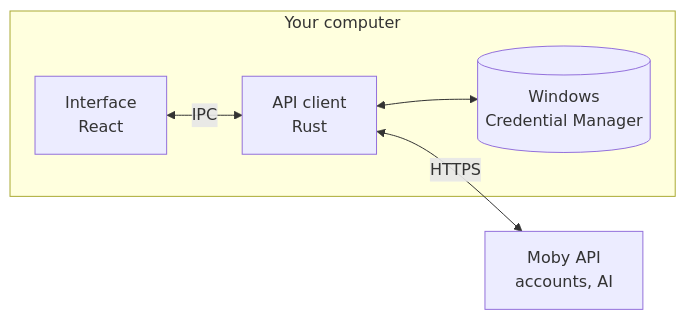
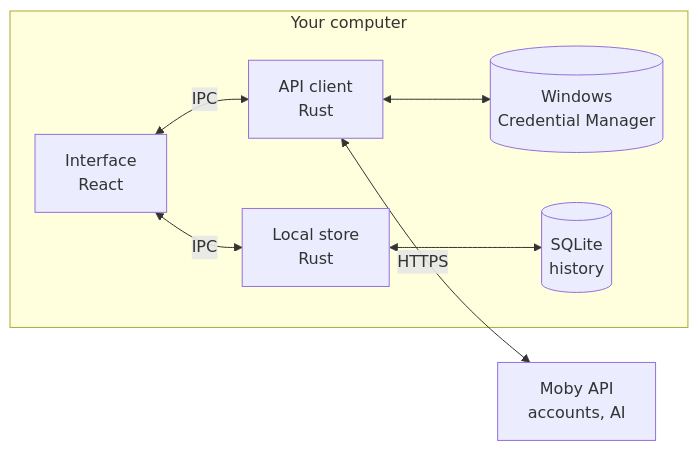
The diagram in README.md (mobyuz/moby-desktop), drawn with Mermaid before and after one commit. The commit also changed other lines of this file and 2 other files, not shown here.

First line of the commit message:
docs: record the local store decision and update the README

````diff
--- a/README.md
+++ b/README.md
@@ -74,8 +76,10 @@
 ```mermaid
 flowchart LR
     subgraph PC["Your computer"]
         UI["Interface<br/>React"] <-->|"IPC"| Client["API client<br/>Rust"]
         Client <--> Vault[("Windows<br/>Credential Manager")]
+        UI <-->|"IPC"| Store["Local store<br/>Rust"]
+        Store <--> DB[("SQLite<br/>history")]
     end
     Client <-->|"HTTPS"| API["Moby API<br/>accounts, AI"]
 ```
````
